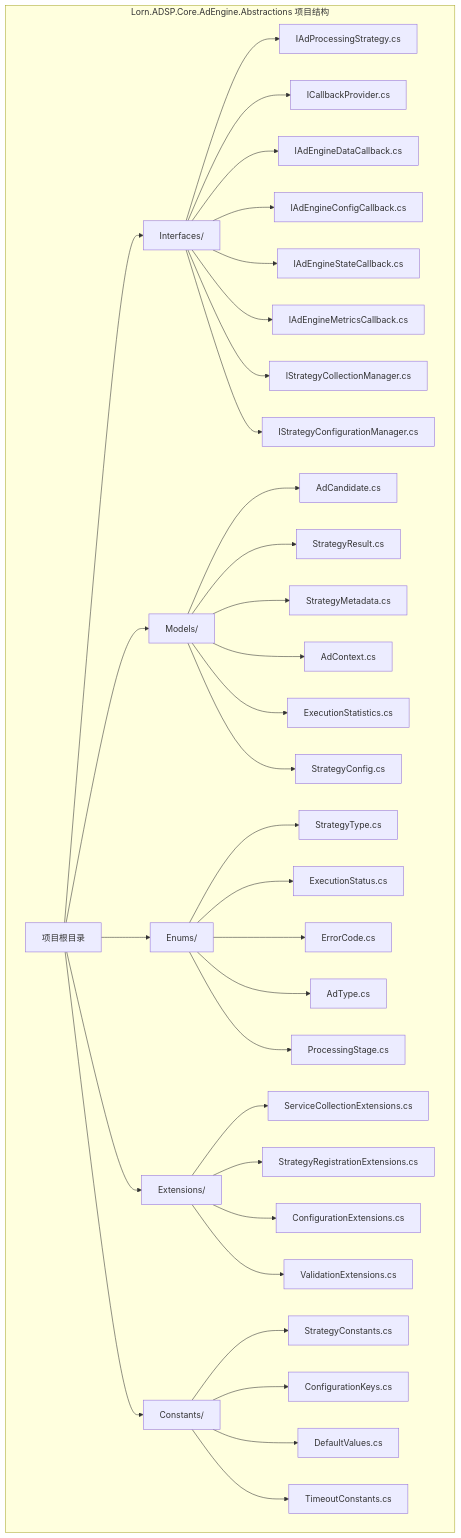
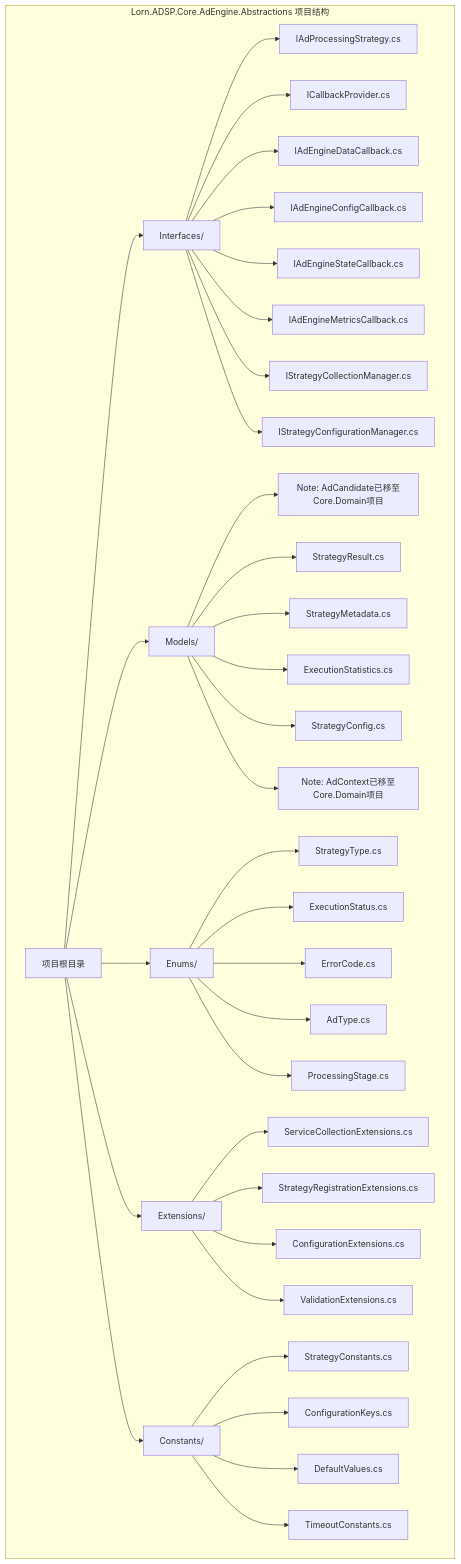
Before and after one commit to lornshrimp/Lorn.ADSP: diagram 11 of 13 in docs_TecDesign/广告投放引擎/广告引擎抽象层设计.md, drawn with Mermaid. The commit also changed other lines of this file and 71 other files, not shown here.

````diff
--- a/docs_TecDesign/广告投放引擎/广告引擎抽象层设计.md
+++ b/docs_TecDesign/广告投放引擎/广告引擎抽象层设计.md
@@ -1077,42 +1084,42 @@
 ```mermaid
 graph TB
     subgraph "Lorn.ADSP.Core.AdEngine.Abstractions 项目结构"
         A[项目根目录] --> B[Interfaces/]
         A --> C[Models/]
         A --> D[Enums/]
         A --> E[Extensions/]
         A --> F[Constants/]
         
         B --> B1[IAdProcessingStrategy.cs]
         B --> B2[ICallbackProvider.cs]
         B --> B3[IAdEngineDataCallback.cs]
         B --> B4[IAdEngineConfigCallback.cs]
         B --> B5[IAdEngineStateCallback.cs]
         B --> B6[IAdEngineMetricsCallback.cs]
         B --> B7[IStrategyCollectionManager.cs]
         B --> B8[IStrategyConfigurationManager.cs]
         
-        C --> C1[AdCandidate.cs]
+        C --> C1[Note: AdCandidate已移至Core.Domain项目]
         C --> C2[StrategyResult.cs]
         C --> C3[StrategyMetadata.cs]
-        C --> C4[AdContext.cs]
-        C --> C5[ExecutionStatistics.cs]
-        C --> C6[StrategyConfig.cs]
+        C --> C4[ExecutionStatistics.cs]
+        C --> C5[StrategyConfig.cs]
+        C --> C6[Note: AdContext已移至Core.Domain项目]
         
         D --> D1[StrategyType.cs]
         D --> D2[ExecutionStatus.cs]
         D --> D3[ErrorCode.cs]
         D --> D4[AdType.cs]
         D --> D5[ProcessingStage.cs]
         
         E --> E1[ServiceCollectionExtensions.cs]
         E --> E2[StrategyRegistrationExtensions.cs]
         E --> E3[ConfigurationExtensions.cs]
         E --> E4[ValidationExtensions.cs]
         
         F --> F1[StrategyConstants.cs]
         F --> F2[ConfigurationKeys.cs]
         F --> F3[DefaultValues.cs]
         F --> F4[TimeoutConstants.cs]
     end
 ```
````
